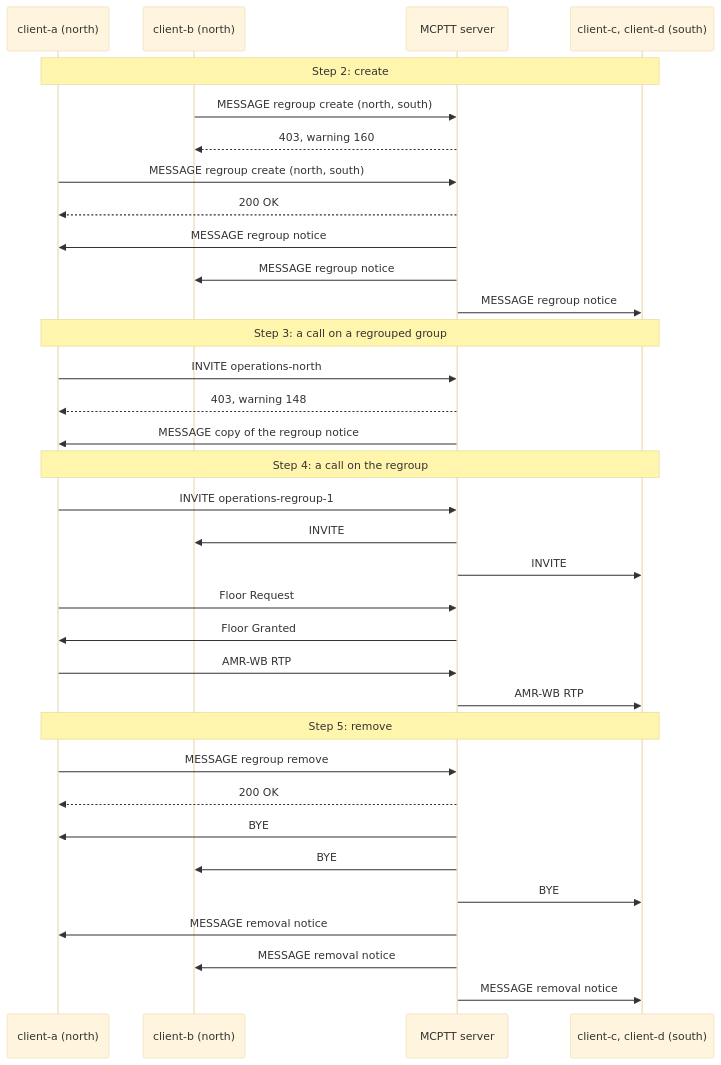
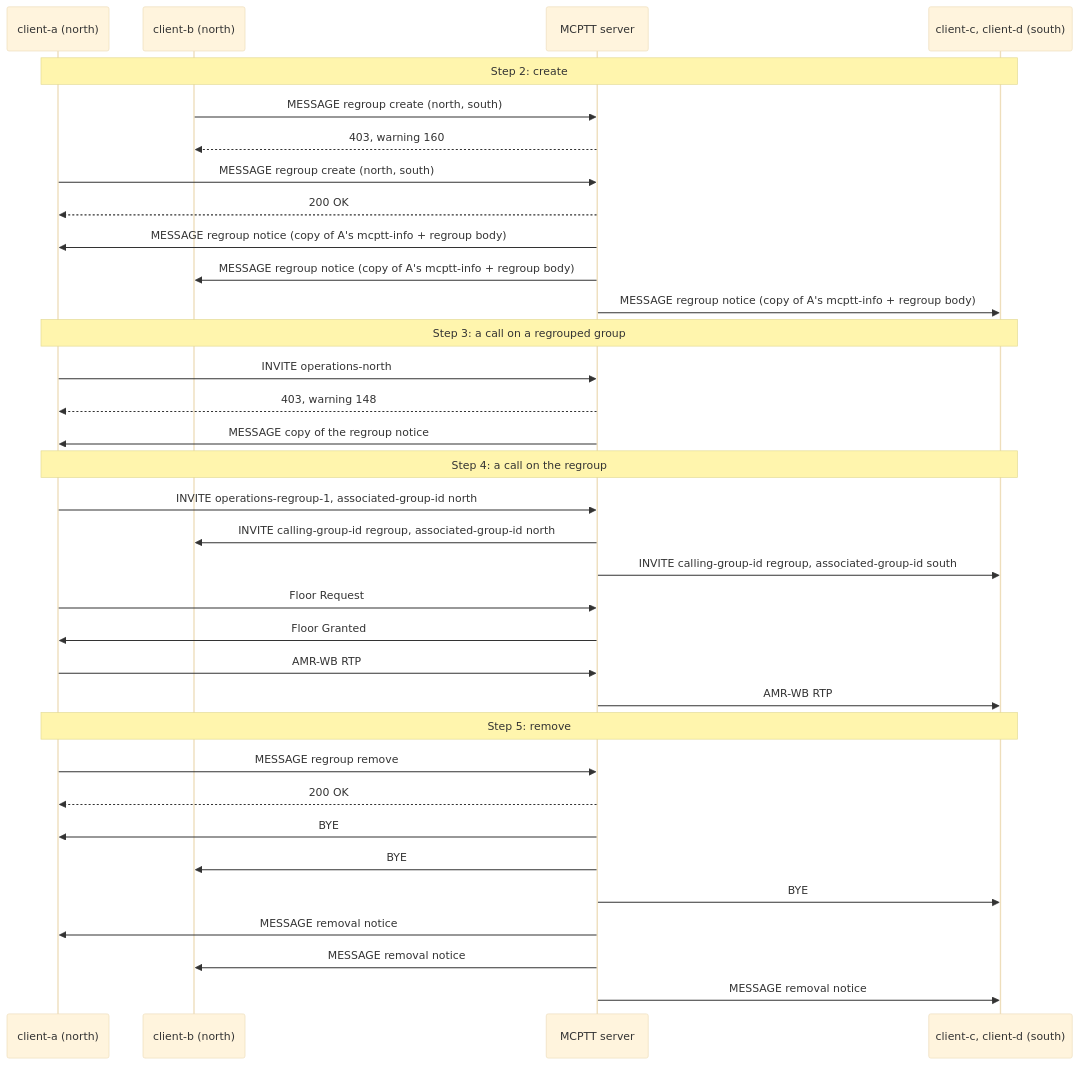
One commit to openMCX/openmcx-server changed the diagram in tutorials/unit-tests/10-dynamic-groups/README.md. Above: the diagram before and after it, drawn with Mermaid (base theme). The commit also changed other lines of this file and 109 other files, not shown here.

First line of the commit message:
Regroup fixes, server warnings, single bodies and SIP outbound flows

````diff
--- a/tutorials/unit-tests/10-dynamic-groups/README.md
+++ b/tutorials/unit-tests/10-dynamic-groups/README.md
@@ -240,36 +247,36 @@
 ```mermaid
 sequenceDiagram
     participant A as client-a (north)
     participant B as client-b (north)
     participant S as MCPTT server
     participant CD as client-c, client-d (south)
     Note over A,CD: Step 2: create
     B->>S: MESSAGE regroup create (north, south)
     S-->>B: 403, warning 160
     A->>S: MESSAGE regroup create (north, south)
     S-->>A: 200 OK
-    S->>A: MESSAGE regroup notice
-    S->>B: MESSAGE regroup notice
-    S->>CD: MESSAGE regroup notice
+    S->>A: MESSAGE regroup notice (copy of A's mcptt-info + regroup body)
+    S->>B: MESSAGE regroup notice (copy of A's mcptt-info + regroup body)
+    S->>CD: MESSAGE regroup notice (copy of A's mcptt-info + regroup body)
     Note over A,CD: Step 3: a call on a regrouped group
     A->>S: INVITE operations-north
     S-->>A: 403, warning 148
     S->>A: MESSAGE copy of the regroup notice
     Note over A,CD: Step 4: a call on the regroup
-    A->>S: INVITE operations-regroup-1
-    S->>B: INVITE
-    S->>CD: INVITE
+    A->>S: INVITE operations-regroup-1, associated-group-id north
+    S->>B: INVITE calling-group-id regroup, associated-group-id north
+    S->>CD: INVITE calling-group-id regroup, associated-group-id south
     A->>S: Floor Request
     S->>A: Floor Granted
     A->>S: AMR-WB RTP
     S->>CD: AMR-WB RTP
     Note over A,CD: Step 5: remove
     A->>S: MESSAGE regroup remove
     S-->>A: 200 OK
     S->>A: BYE
     S->>B: BYE
     S->>CD: BYE
     S->>A: MESSAGE removal notice
     S->>B: MESSAGE removal notice
     S->>CD: MESSAGE removal notice
 ```
````
